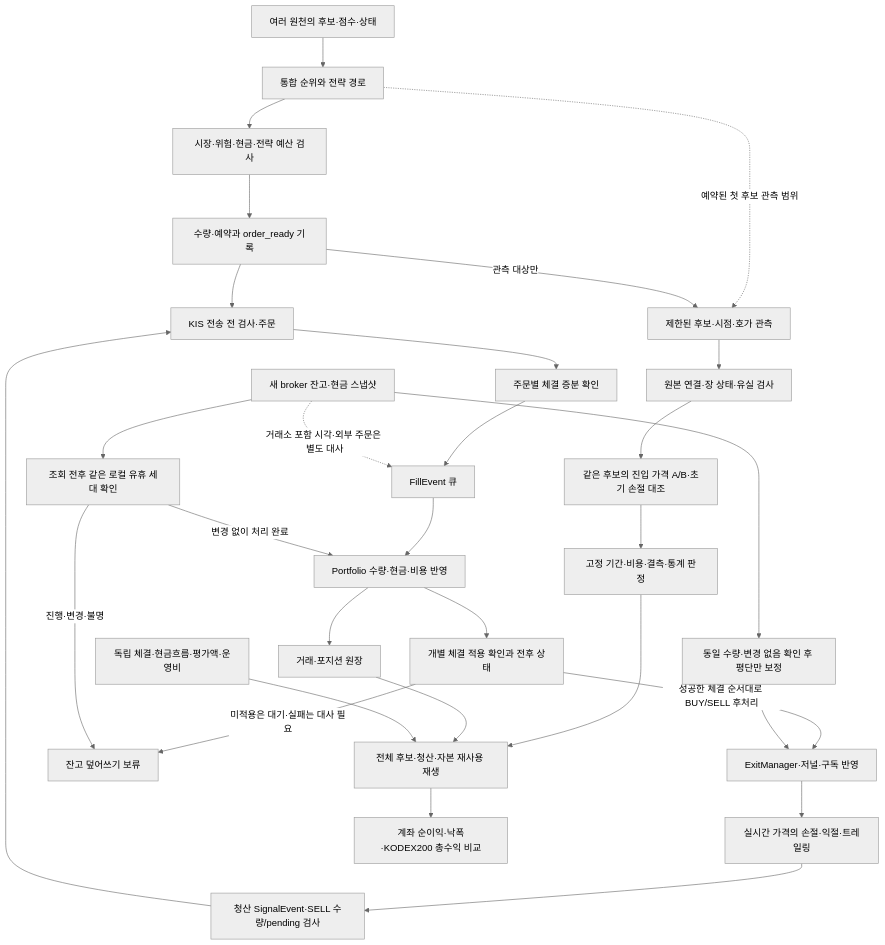
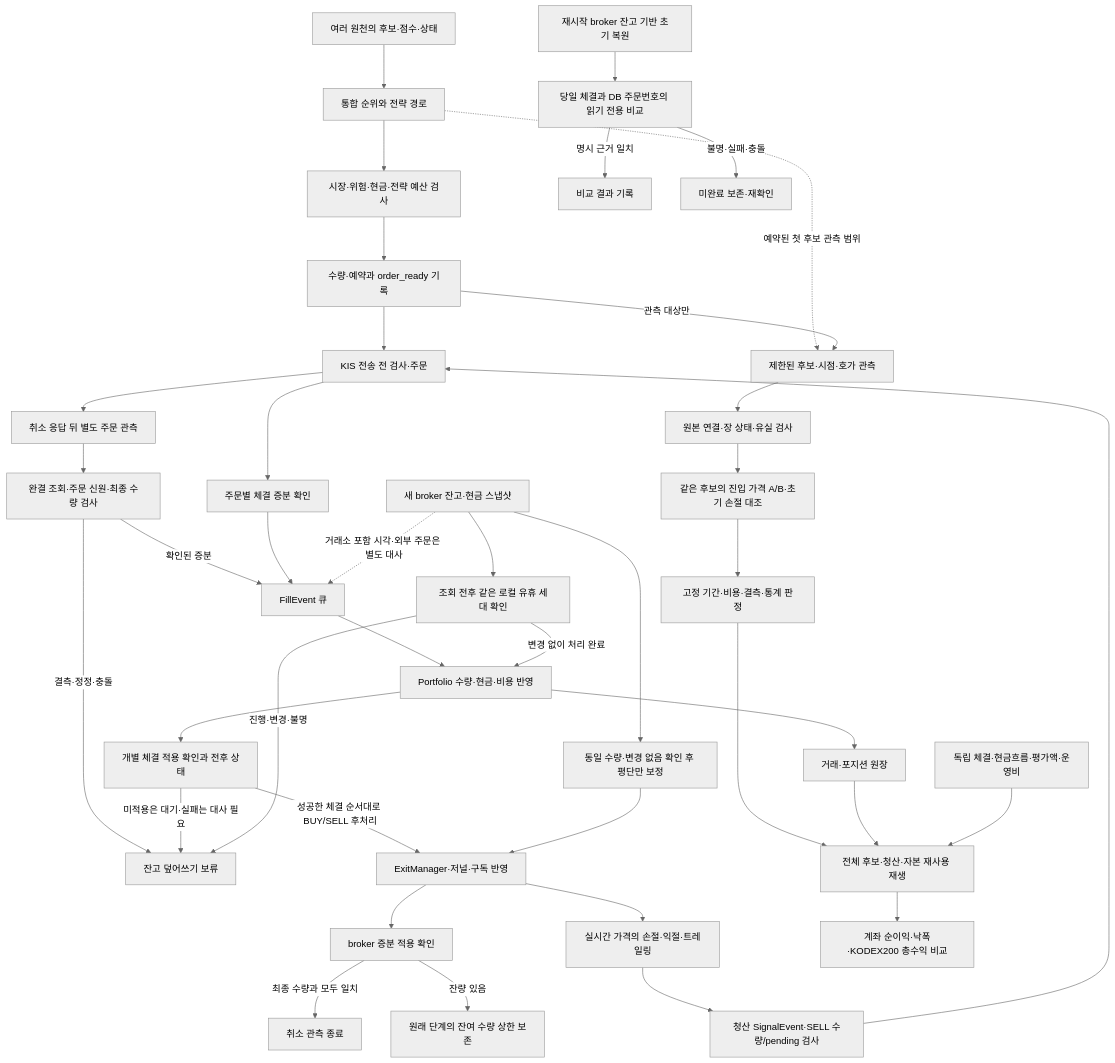
Before and after one commit to qwq-partners/qwq-ai-trader: the diagram in docs/research/current-engine-integrated-pds-2026-10-02.md, drawn with Mermaid (neutral theme). The commit also changed other lines of this file and 23 other files, not shown here.

````diff
--- a/docs/research/current-engine-integrated-pds-2026-10-02.md
+++ b/docs/research/current-engine-integrated-pds-2026-10-02.md
@@ -51,32 +91,42 @@
 ```mermaid
 flowchart TD
     S[여러 원천의 후보·점수·상태] --> C[통합 순위와 전략 경로]
     C --> G[시장·위험·현금·전략 예산 검사]
     G --> O[수량·예약과 order_ready 기록]
     O --> B[KIS 전송 전 검사·주문]
     B --> F[주문별 체결 증분 확인]
+    B --> CANCEL[취소 응답 뒤 별도 주문 관측]
+    CANCEL --> FINAL[완결 조회·주문 신원·최종 수량 검사]
+    FINAL -->|확인된 증분| Q
+    FINAL -->|결측·정정·충돌| HOLD
     F --> Q[FillEvent 큐]
     Q --> P[Portfolio 수량·현금·비용 반영]
     P --> ACK[개별 체결 적용 확인과 전후 상태]
     ACK -->|성공한 체결 순서대로 BUY/SELL 후처리| X[ExitManager·저널·구독 반영]
+    X --> RECEIPT[broker 증분 적용 확인]
+    RECEIPT -->|최종 수량과 모두 일치| CLOSED[취소 관측 종료]
+    RECEIPT -->|잔량 있음| REMAIN[원래 단계의 잔여 수량 상한 보존]
     ACK -->|미적용은 대기·실패는 대사 필요| HOLD[잔고 덮어쓰기 보류]
     X --> E[실시간 가격의 손절·익절·트레일링]
     E --> ES[청산 SignalEvent·SELL 수량/pending 검사]
     ES --> B
     K[새 broker 잔고·현금 스냅샷] --> IDLE[조회 전후 같은 로컬 유휴 세대 확인]
     IDLE -->|변경 없이 처리 완료| P
     IDLE -->|진행·변경·불명| HOLD
     K --> H[동일 수량·변경 없음 확인 후 평단만 보정]
     H --> X
     K -. 거래소 포함 시각·외부 주문은 별도 대사 .-> Q
+    START[재시작 broker 잔고 기반 초기 복원] --> JC[당일 체결과 DB 주문번호의 읽기 전용 비교]
+    JC -->|명시 근거 일치| JR[비교 결과 기록]
+    JC -->|불명·실패·충돌| JU[미완료 보존·재확인]
     C -. 예약된 첫 후보 관측 범위 .-> J[제한된 후보·시점·호가 관측]
     O -->|관측 대상만| J
     J --> R[원본 연결·장 상태·유실 검사]
     R --> A[같은 후보의 진입 가격 A/B·초기 손절 대조]
     A --> W[고정 기간·비용·결측·통계 판정]
     W --> T[전체 후보·청산·자본 재사용 재생]
     P --> L[거래·포지션 원장]
     L --> T
     I[독립 체결·현금흐름·평가액·운영비] --> T
     T --> V[계좌 순이익·낙폭·KODEX200 총수익 비교]
 ```
````
